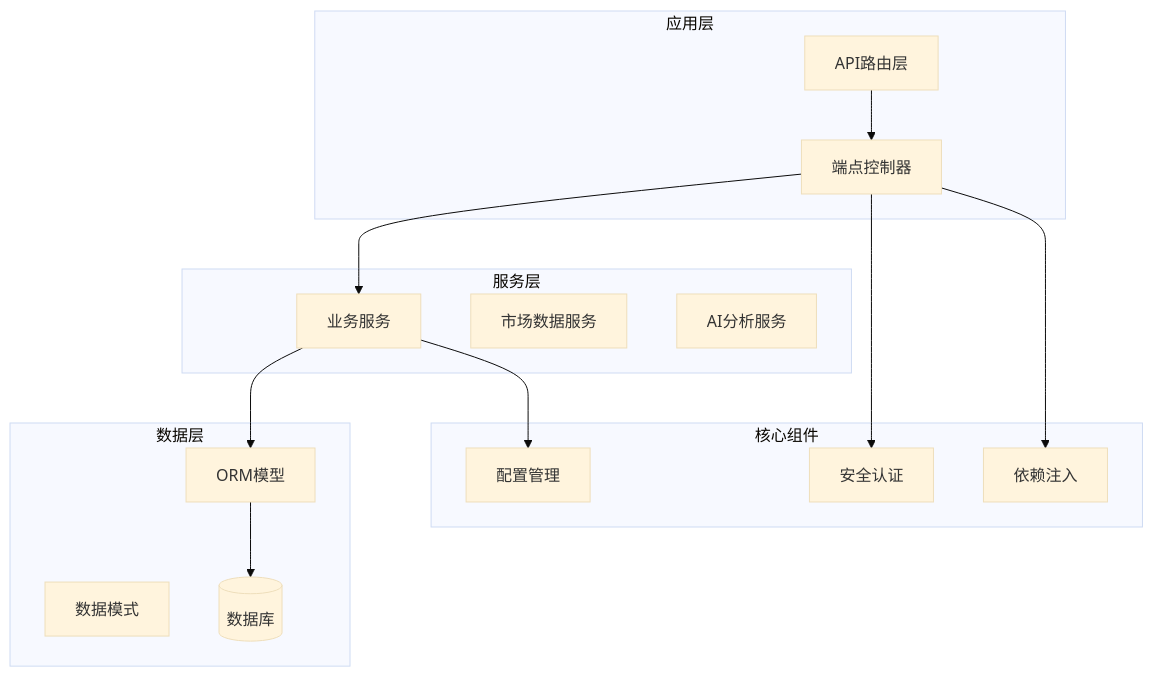
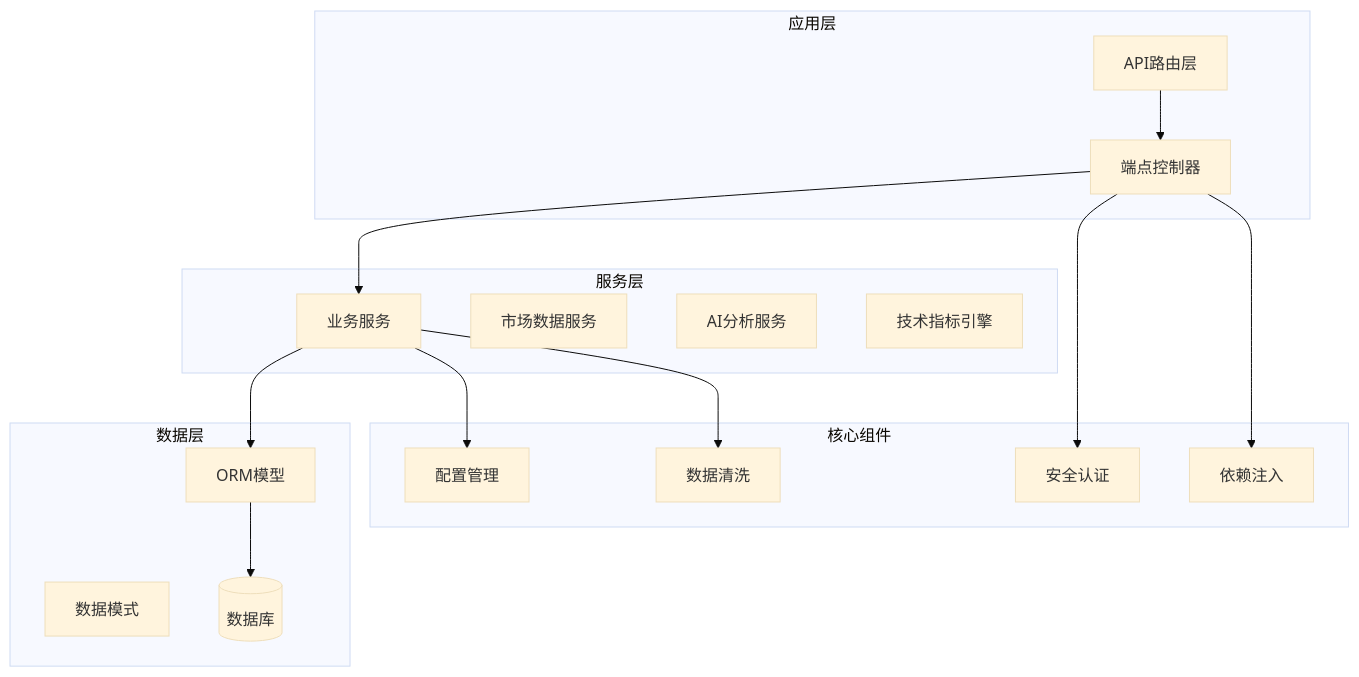
Before and after one commit to breeze-lyf/ai-stock-advisor: the first of 8 diagrams in .qoder/repowiki/zh/content/后端开发指南/API开发规范/V1 API端点架构.md, drawn with Mermaid (base theme). The commit also changed other lines of this file and 10 other files, not shown here.

````diff
--- a/.qoder/repowiki/zh/content/后端开发指南/API开发规范/V1 API端点架构.md
+++ b/.qoder/repowiki/zh/content/后端开发指南/API开发规范/V1 API端点架构.md
@@ -50,29 +51,32 @@
 ```mermaid
 graph TB
 subgraph "应用层"
 API[API路由层]
 Endpoints[端点控制器]
 end
 subgraph "服务层"
 Services[业务服务]
 MarketData[市场数据服务]
 AIService[AI分析服务]
+Indicators[技术指标引擎]
 end
 subgraph "数据层"
 Models[ORM模型]
 Schemas[数据模式]
 Database[(数据库)]
 end
 subgraph "核心组件"
 Security[安全认证]
 Config[配置管理]
 Deps[依赖注入]
+Sanitization[数据清洗]
 end
 API --> Endpoints
 Endpoints --> Services
 Services --> Models
 Models --> Database
 Endpoints --> Security
 Services --> Config
 Endpoints --> Deps
+Services --> Sanitization
 ```
````
